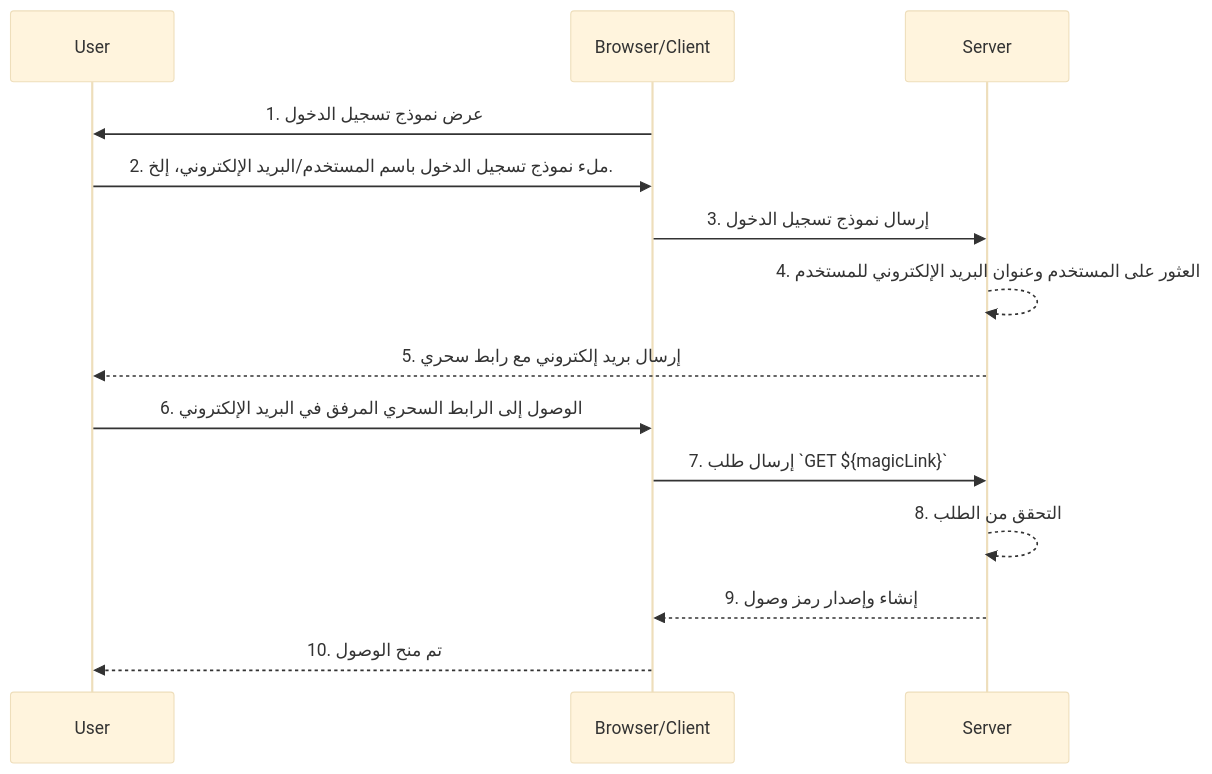
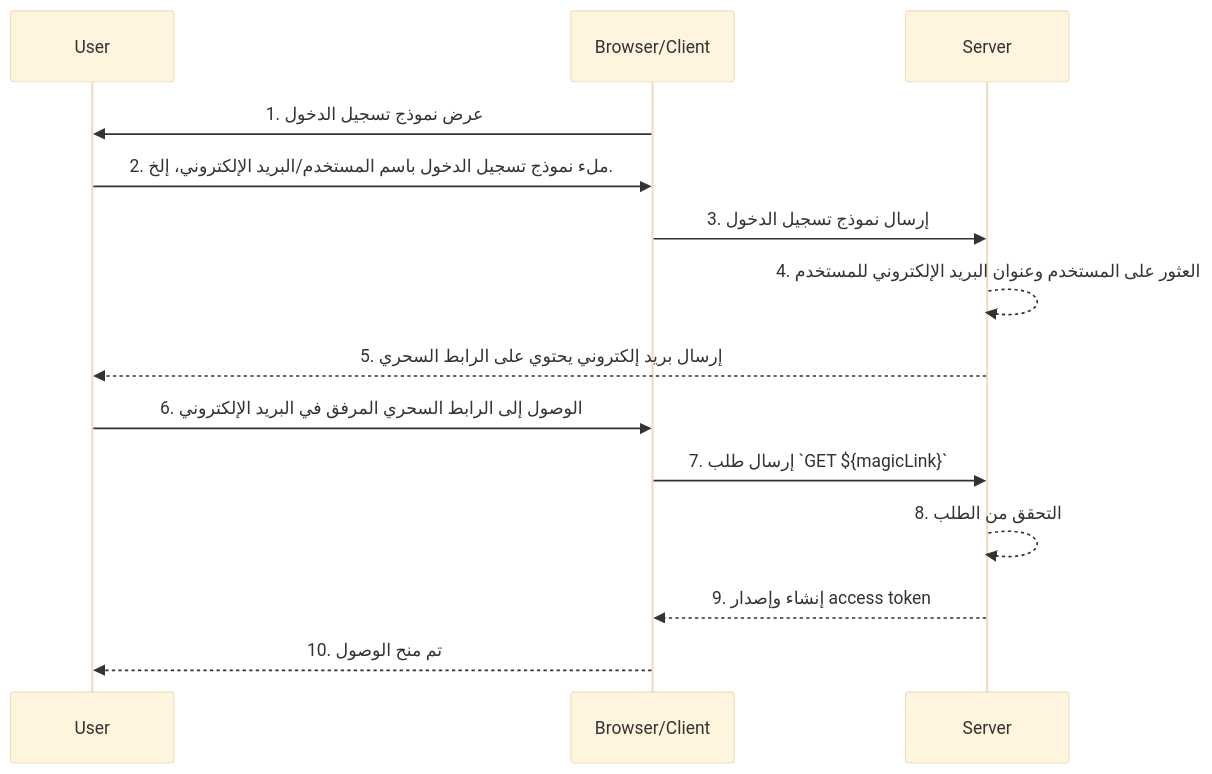
Before and after one commit to logto-io/auth-wiki: the diagram in src/content/terms/ar/magic-link.mdx, drawn with Mermaid (base theme). The commit also changed other lines of this file and 98 other files, not shown here.

````diff
--- a/src/content/terms/ar/magic-link.mdx
+++ b/src/content/terms/ar/magic-link.mdx
@@ -31,16 +31,16 @@
 ```mermaid
 sequenceDiagram
     participant U as User
     participant B as Browser/Client
     participant S as Server
     B->>U: 1. عرض نموذج تسجيل الدخول
     U->>B: 2. ملء نموذج تسجيل الدخول باسم المستخدم/البريد الإلكتروني، إلخ.
     B->>S: 3. إرسال نموذج تسجيل الدخول
     S-->>S: 4. العثور على المستخدم وعنوان البريد الإلكتروني للمستخدم
-    S-->>U: 5. إرسال بريد إلكتروني مع رابط سحري
+    S-->>U: 5. إرسال بريد إلكتروني يحتوي على الرابط السحري
     U->>B: 6. الوصول إلى الرابط السحري المرفق في البريد الإلكتروني
     B->>S: 7. إرسال طلب `GET ${magicLink}`
     S-->>S: 8. التحقق من الطلب
-    S-->>B: 9. إنشاء وإصدار رمز وصول
+    S-->>B: 9. إنشاء وإصدار access token
     B-->>U: 10. تم منح الوصول
 ```
````
